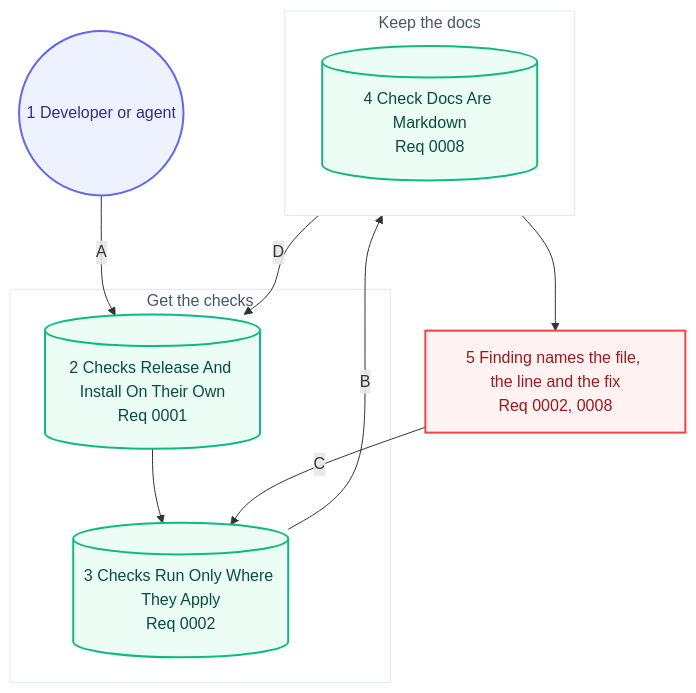
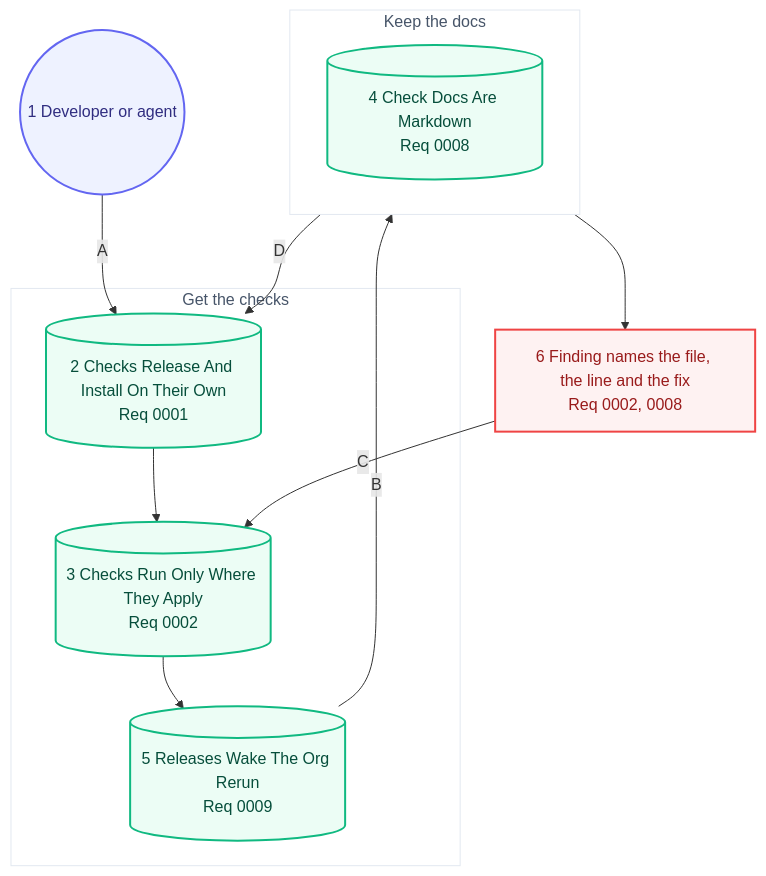
One commit to may-journal/fitness-checks changed the second of 2 diagrams in docs/architecture/05-user-journey.md. Above: the diagram before and after it, drawn with Mermaid. The commit also changed other lines of this file and 5 other files, not shown here.

````diff
--- a/docs/architecture/05-user-journey.md
+++ b/docs/architecture/05-user-journey.md
@@ -38,35 +38,37 @@
 ```mermaid
 flowchart TB
     dev((1 Developer or agent)):::persona
 
     subgraph get["Get the checks"]
-        %% journey-nodes:start 0001 0002
+        %% journey-nodes:start 0001 0002 0009
         req0001[(2 Checks Release And Install On Their Own<br/>Req 0001)]:::system
         req0002[(3 Checks Run Only Where They Apply<br/>Req 0002)]:::system
+        req0009[(5 Releases Wake The Org Rerun<br/>Req 0009)]:::system
         %% journey-nodes:end
     end
 
     subgraph judge["Keep the docs"]
         %% journey-nodes:start 0008
         req0008[(4 Check Docs Are Markdown<br/>Req 0008)]:::system
         %% journey-nodes:end
     end
 
-    red[5 Finding names the file, the line and the fix<br/>Req 0002, 0008]:::blocked
+    red[6 Finding names the file, the line and the fix<br/>Req 0002, 0008]:::blocked
 
     dev -->|A| req0001
     req0001 --> req0002
-    req0002 -->|B| judge
+    req0002 --> req0009
+    req0009 -->|B| judge
     judge --> red
     red -->|C| req0002
     judge -->|D| req0001
 
     classDef persona fill:#eef2ff,stroke:#6366f1,color:#312e81,stroke-width:2px
     classDef screen fill:#f8fafc,stroke:#64748b,color:#1e293b,stroke-width:2px
     classDef action fill:#fff7ed,stroke:#f97316,color:#9a3412,stroke-width:2px
     classDef system fill:#ecfdf5,stroke:#10b981,color:#064e3b,stroke-width:2px
     classDef blocked fill:#fef2f2,stroke:#ef4444,color:#991b1b,stroke-width:2px
 
     style get fill:#ffffff,stroke:#e2e8f0,color:#475569,stroke-width:1px
     style judge fill:#ffffff,stroke:#e2e8f0,color:#475569,stroke-width:1px
 ```
````
